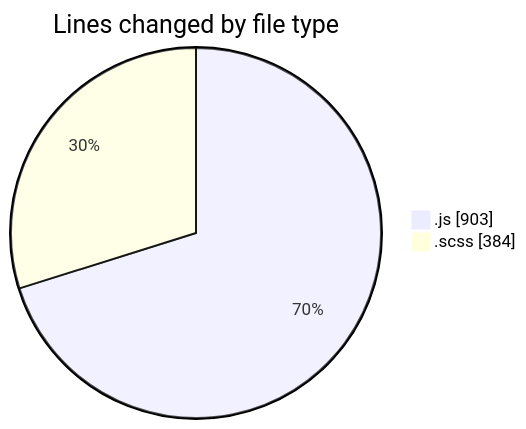
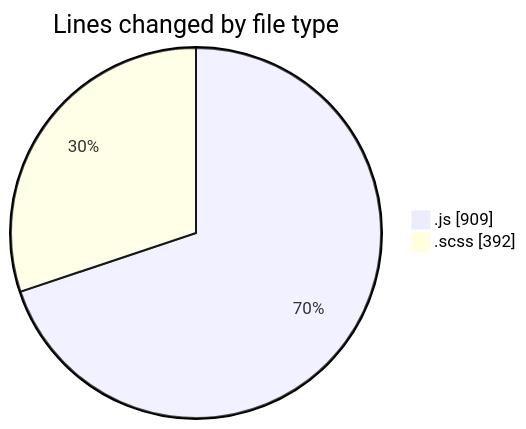
The first of 2 diagrams in 2026-01-05/cda/README.md (momahboobian/code-tracking), drawn with Mermaid before and after one commit. The commit also changed other lines of this file and 1 other file, not shown here.

````diff
--- a/2026-01-05/cda/README.md
+++ b/2026-01-05/cda/README.md
@@ -27,6 +27,6 @@
 ```mermaid
 pie showData
 title Lines changed by file type
-".js" : 903
-".scss" : 384
+".js" : 909
+".scss" : 392
 ```
````
